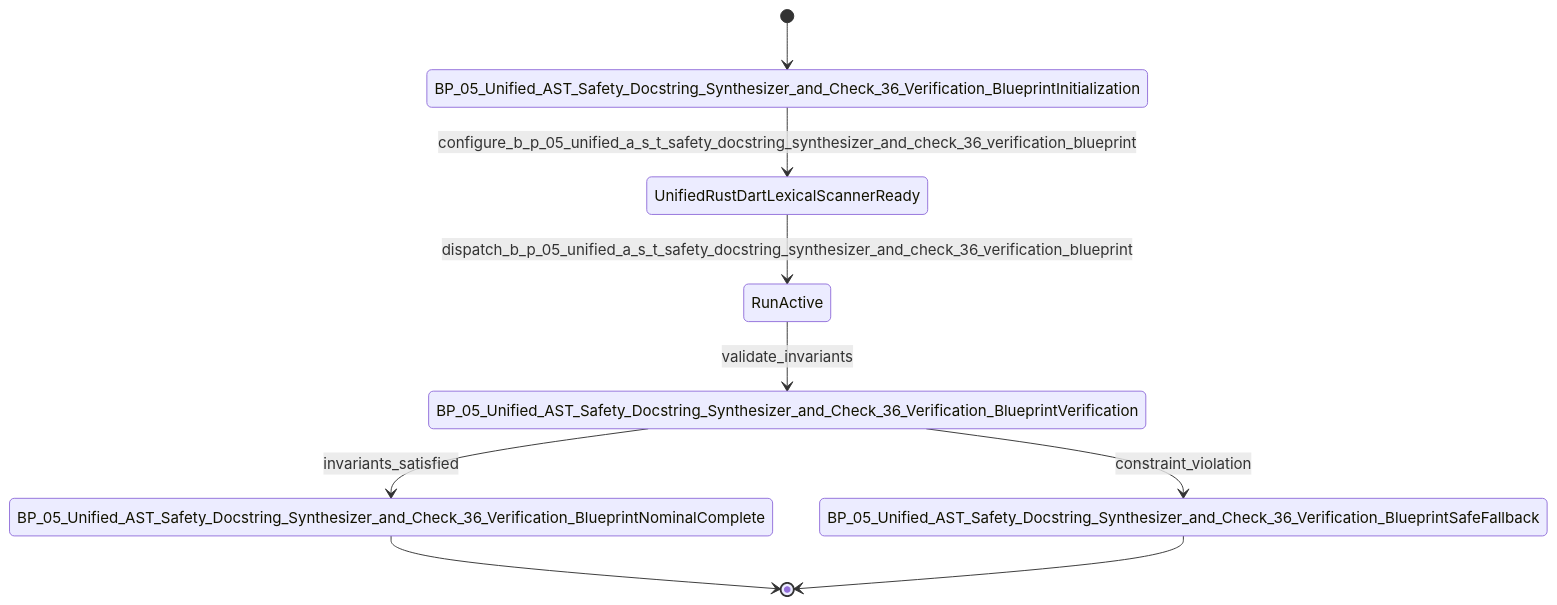
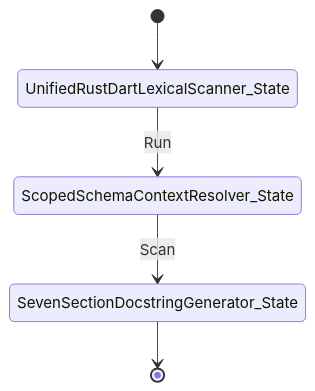
Before and after one commit to gintatkinson/DEAP01-spec-core: the second of 2 diagrams in .pipeline/upstream/docs/epics/EPIC-05-BP_05_Unified_AST_Safety_Docstring_Synthesizer_and_Check_36_Verification_Blueprint.md, drawn with Mermaid. The commit also changed other lines of this file and 179 other files, not shown here.

Commit message:
fix(compiler): remediate upstream specification forward projection, diagram synthesis, and GitHub blob URL resolution

````diff
--- a/.pipeline/upstream/docs/epics/EPIC-05-BP_05_Unified_AST_Safety_Docstring_Synthesizer_and_Check_36_Verification_Blueprint.md
+++ b/.pipeline/upstream/docs/epics/EPIC-05-BP_05_Unified_AST_Safety_Docstring_Synthesizer_and_Check_36_Verification_Blueprint.md
@@ -97,11 +95,7 @@
 ```mermaid
 stateDiagram-v2
-    [*] --> BP_05_Unified_AST_Safety_Docstring_Synthesizer_and_Check_36_Verification_BlueprintInitialization
-    BP_05_Unified_AST_Safety_Docstring_Synthesizer_and_Check_36_Verification_BlueprintInitialization --> UnifiedRustDartLexicalScannerReady : configure_b_p_05_unified_a_s_t_safety_docstring_synthesizer_and_check_36_verification_blueprint
-    UnifiedRustDartLexicalScannerReady --> RunActive : dispatch_b_p_05_unified_a_s_t_safety_docstring_synthesizer_and_check_36_verification_blueprint
-    RunActive --> BP_05_Unified_AST_Safety_Docstring_Synthesizer_and_Check_36_Verification_BlueprintVerification : validate_invariants
-    BP_05_Unified_AST_Safety_Docstring_Synthesizer_and_Check_36_Verification_BlueprintVerification --> BP_05_Unified_AST_Safety_Docstring_Synthesizer_and_Check_36_Verification_BlueprintNominalComplete : invariants_satisfied
-    BP_05_Unified_AST_Safety_Docstring_Synthesizer_and_Check_36_Verification_BlueprintVerification --> BP_05_Unified_AST_Safety_Docstring_Synthesizer_and_Check_36_Verification_BlueprintSafeFallback : constraint_violation
-    BP_05_Unified_AST_Safety_Docstring_Synthesizer_and_Check_36_Verification_BlueprintNominalComplete --> [*]
-    BP_05_Unified_AST_Safety_Docstring_Synthesizer_and_Check_36_Verification_BlueprintSafeFallback --> [*]
+    [*] --> UnifiedRustDartLexicalScanner_State
+    UnifiedRustDartLexicalScanner_State --> ScopedSchemaContextResolver_State : Run
+    ScopedSchemaContextResolver_State --> SevenSectionDocstringGenerator_State : Scan
+    SevenSectionDocstringGenerator_State --> [*]
 ```
````
